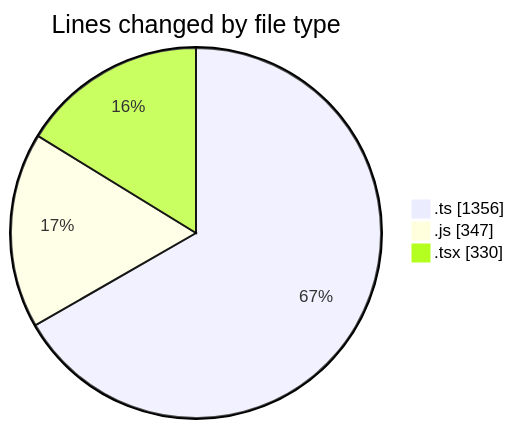
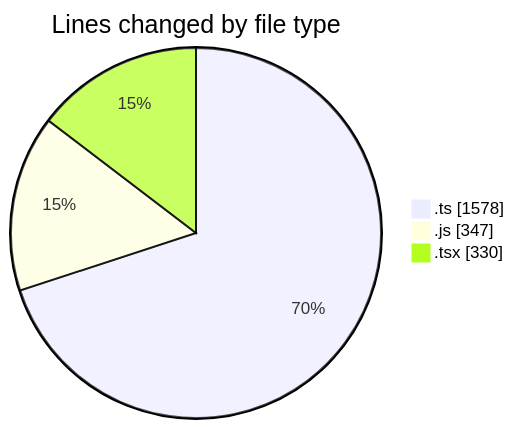
One commit to momahboobian/code-tracking changed the first of 2 diagrams in 2025-12-16/cda/README.md. Above: the diagram before and after it, drawn with Mermaid. The commit also changed other lines of this file and 1 other file, not shown here.

````diff
--- a/2025-12-16/cda/README.md
+++ b/2025-12-16/cda/README.md
@@ -23,7 +24,7 @@
 ```mermaid
 pie showData
 title Lines changed by file type
-".ts" : 1356
+".ts" : 1578
 ".js" : 347
 ".tsx" : 330
 ```
````
